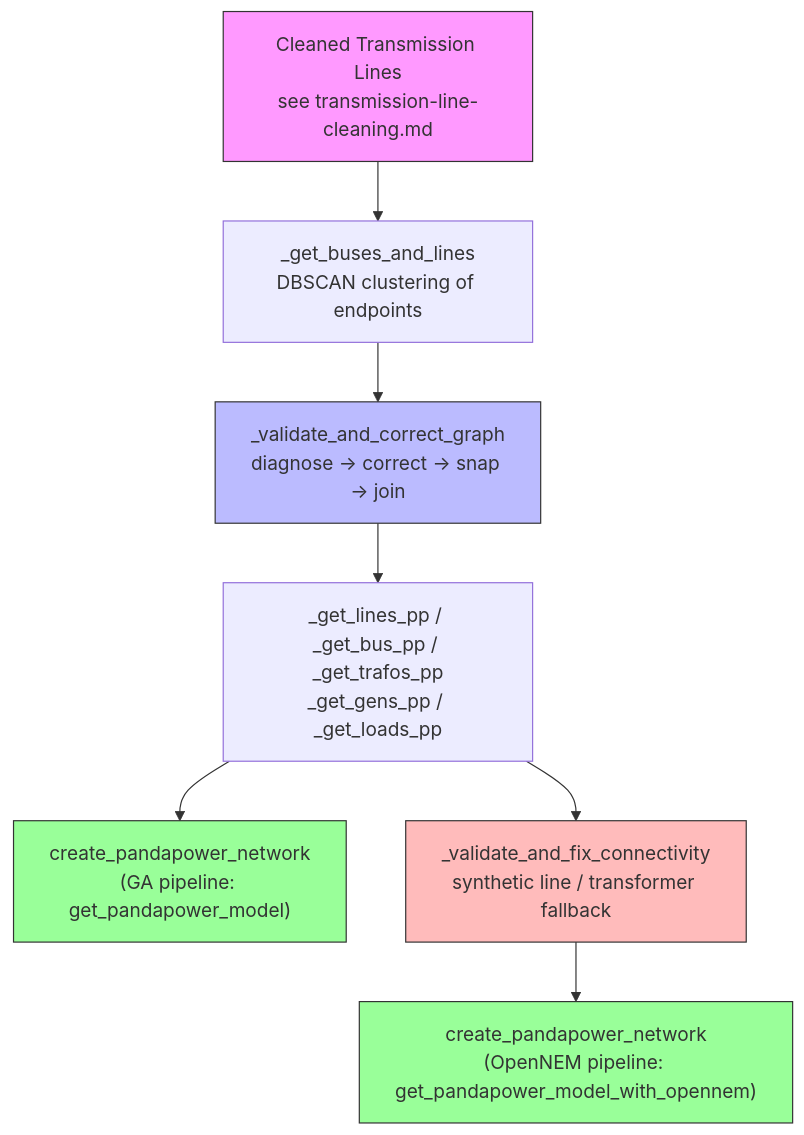
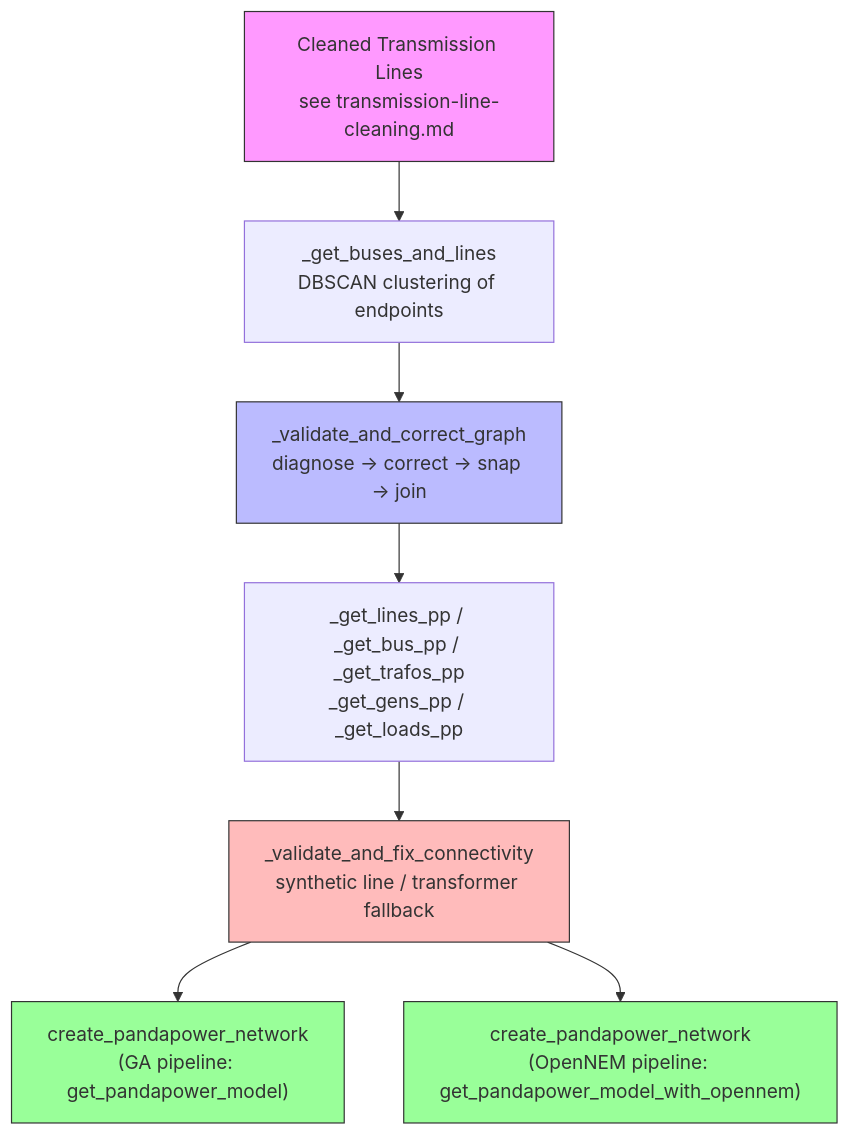
Before and after one commit to ymiftah/nemdb: the first of 3 diagrams in docs/explanation/island-connectivity.md, drawn with Mermaid. The commit also changed other lines of this file, not shown here.

````diff
--- a/docs/explanation/island-connectivity.md
+++ b/docs/explanation/island-connectivity.md
@@ -12,15 +12,15 @@
 ```mermaid
 graph TD
     A[Cleaned Transmission Lines<br/>see transmission-line-cleaning.md] --> B["_get_buses_and_lines<br/>DBSCAN clustering of endpoints"]
     B --> C["_validate_and_correct_graph<br/>diagnose → correct → snap → join"]
     C --> D["_get_lines_pp / _get_bus_pp / _get_trafos_pp<br/>_get_gens_pp / _get_loads_pp"]
-    D --> E["create_pandapower_network<br/>(GA pipeline: get_pandapower_model)"]
     D --> F["_validate_and_fix_connectivity<br/>synthetic line / transformer fallback"]
+    F --> E["create_pandapower_network<br/>(GA pipeline: get_pandapower_model)"]
     F --> E2["create_pandapower_network<br/>(OpenNEM pipeline: get_pandapower_model_with_opennem)"]
 
     style A fill:#f9f,stroke:#333
     style C fill:#bbf,stroke:#333
     style F fill:#fbb,stroke:#333
     style E fill:#9f9,stroke:#333
     style E2 fill:#9f9,stroke:#333
 ```
````
